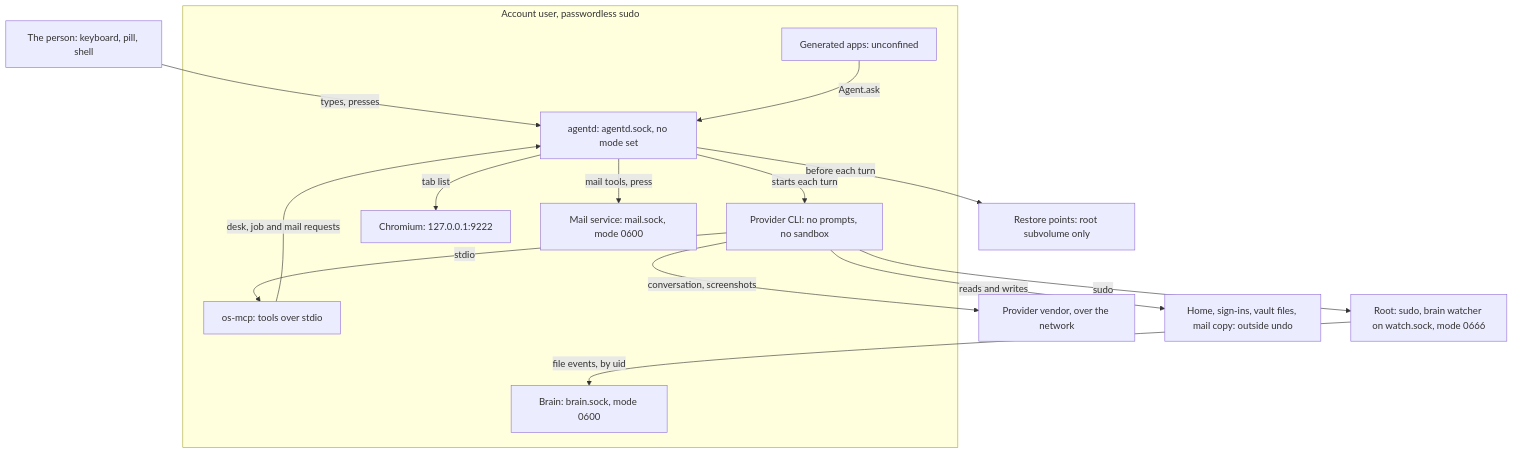
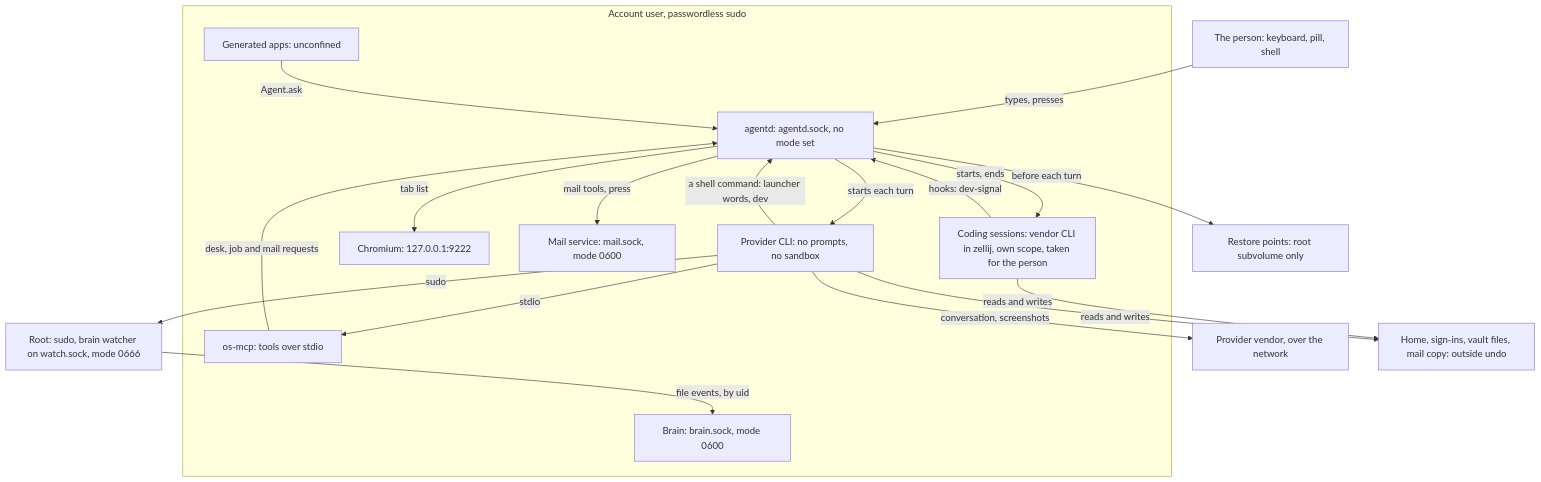
One commit to thedefaultman/Bombadil changed the first of 2 diagrams in docs/security-model.md. Above: the diagram before and after it, drawn with Mermaid. The commit also changed other lines of this file and 37 other files, not shown here.

First line of the commit message:
docs: image, install and session-service pages checked against main with coding sessions (work in progress)

````diff
--- a/docs/security-model.md
+++ b/docs/security-model.md
@@ -45,29 +46,34 @@
 ```mermaid
 flowchart TB
     P["The person: keyboard, pill, shell"]
     subgraph U["Account user, passwordless sudo"]
         A["agentd: agentd.sock, no mode set"]
         C["Provider CLI: no prompts, no sandbox"]
         M["os-mcp: tools over stdio"]
         X["Generated apps: unconfined"]
         B["Chromium: 127.0.0.1:9222"]
         BR["Brain: brain.sock, mode 0600"]
         ML["Mail service: mail.sock, mode 0600"]
+        D["Coding sessions: vendor CLI in zellij, own scope, taken for the person"]
     end
     R["Root: sudo, brain watcher on watch.sock, mode 0666"]
     V["Provider vendor, over the network"]
     S["Restore points: root subvolume only"]
     H["Home, sign-ins, vault files, mail copy: outside undo"]
     P -->|"types, presses"| A
     A -->|"starts each turn"| C
     C -->|"stdio"| M
+    C -->|"a shell command: launcher words, dev"| A
+    A -->|"starts, ends"| D
+    D -->|"hooks: dev-signal"| A
+    D -->|"reads and writes"| H
     M -->|"desk, job and mail requests"| A
     X -->|"Agent.ask"| A
     C -->|"sudo"| R
     C -->|"conversation, screenshots"| V
     A -->|"before each turn"| S
     C -->|"reads and writes"| H
     A -->|"tab list"| B
     A -->|"mail tools, press"| ML
     R -->|"file events, by uid"| BR
 ```
````
